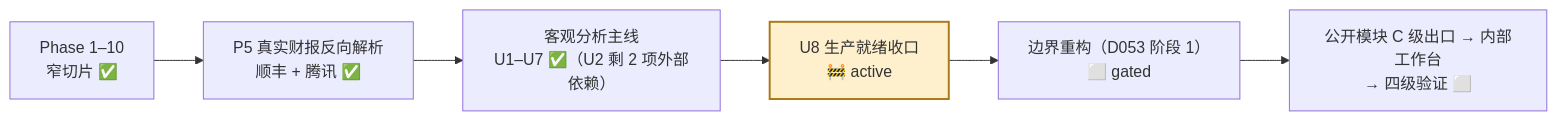
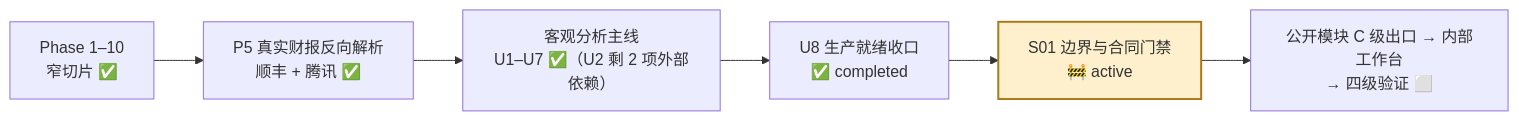
One commit to davyzhong/FLOW changed the sixth of 6 diagrams in README.md. Above: the diagram before and after it, drawn with Mermaid. The commit also changed other lines of this file and 27 other files, not shown here.

````diff
--- a/README.md
+++ b/README.md
@@ -519,9 +520,9 @@
 ```mermaid
 flowchart LR
     A["Phase 1–10<br/>窄切片 ✅"] --> B["P5 真实财报反向解析<br/>顺丰 + 腾讯 ✅"]
     B --> C["客观分析主线<br/>U1–U7 ✅（U2 剩 2 项外部依赖）"]
-    C --> D["U8 生产就绪收口<br/>🚧 active"]
-    D --> E["边界重构（D053 阶段 1）<br/>⬜ gated"]
+    C --> D["U8 生产就绪收口<br/>✅ completed"]
+    D --> E["S01 边界与合同门禁<br/>🚧 active"]
     E --> F["公开模块 C 级出口 → 内部工作台<br/>→ 四级验证 ⬜"]
-    style D fill:#fff0cd,stroke:#aa7918,stroke-width:2px
+    style E fill:#fff0cd,stroke:#aa7918,stroke-width:2px
 ```
````
